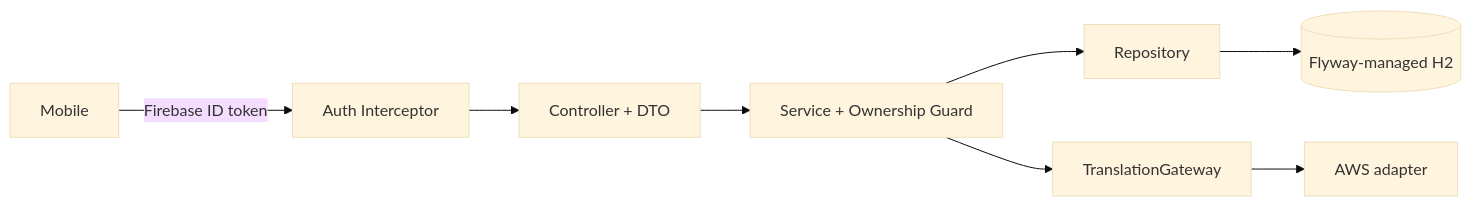
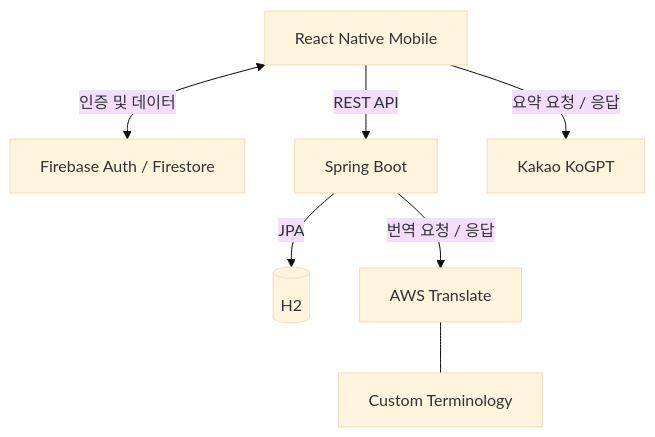
One commit to minjuko/transmate changed the fourth of 4 diagrams in README.md. Above: the diagram before and after it, drawn with Mermaid (base theme). The commit also changed other lines of this file, not shown here.

````diff
--- a/README.md
+++ b/README.md
@@ -158,10 +176,13 @@
 ```mermaid
-flowchart LR
-    M[Mobile] -->|Firebase ID token| I[Auth Interceptor]
-    I --> C[Controller + DTO]
-    C --> S[Service + Ownership Guard]
-    S --> R[Repository]
-    S --> G[TranslationGateway]
-    G --> A[AWS adapter]
-    R --> D[(Flyway-managed H2)]
+flowchart TB
+    M[React Native Mobile]
+
+    M <-->|인증 및 데이터| F[Firebase Auth / Firestore]
+    M -->|REST API| B[Spring Boot]
+
+    B -->|JPA| DB[(H2)]
+    B -->|번역 요청 / 응답| T[AWS Translate]
+    T --- CT[Custom Terminology]
+
+    M -->|요약 요청 / 응답| K[Kakao KoGPT]
 ```
````
